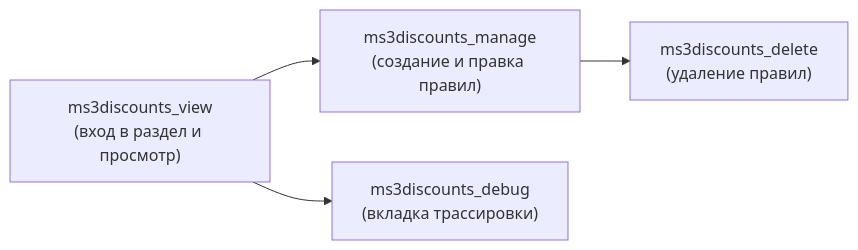
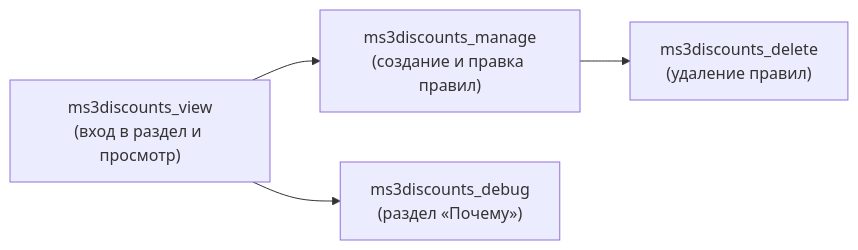
The diagram in docs/components/ms3discounts/settings.md (modx-pro/Docs), drawn with Mermaid before and after one commit. The commit also changed other lines of this file and 22 other files, not shown here.

````diff
--- a/docs/components/ms3discounts/settings.md
+++ b/docs/components/ms3discounts/settings.md
@@ -36,11 +40,11 @@
 ```mermaid
 flowchart LR
   View["ms3discounts_view<br>(вход в раздел и просмотр)"]
   Manage["ms3discounts_manage<br>(создание и правка правил)"]
   Delete["ms3discounts_delete<br>(удаление правил)"]
-  Debug["ms3discounts_debug<br>(вкладка трассировки)"]
+  Debug["ms3discounts_debug<br>(раздел «Почему»)"]
 
   View --> Manage
   Manage --> Delete
   View --> Debug
 ```
````
